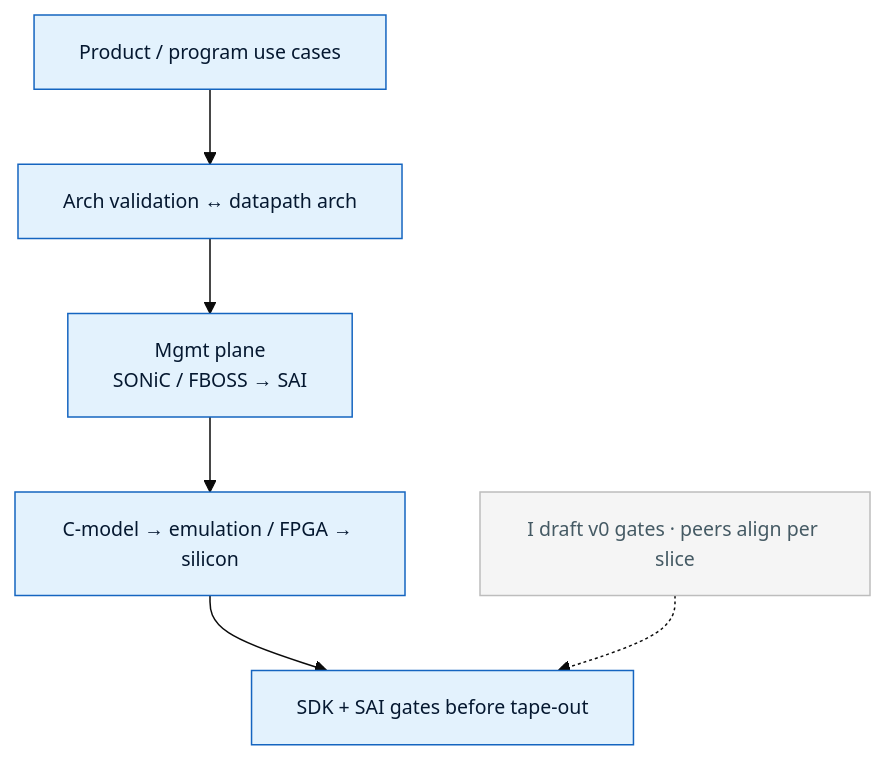
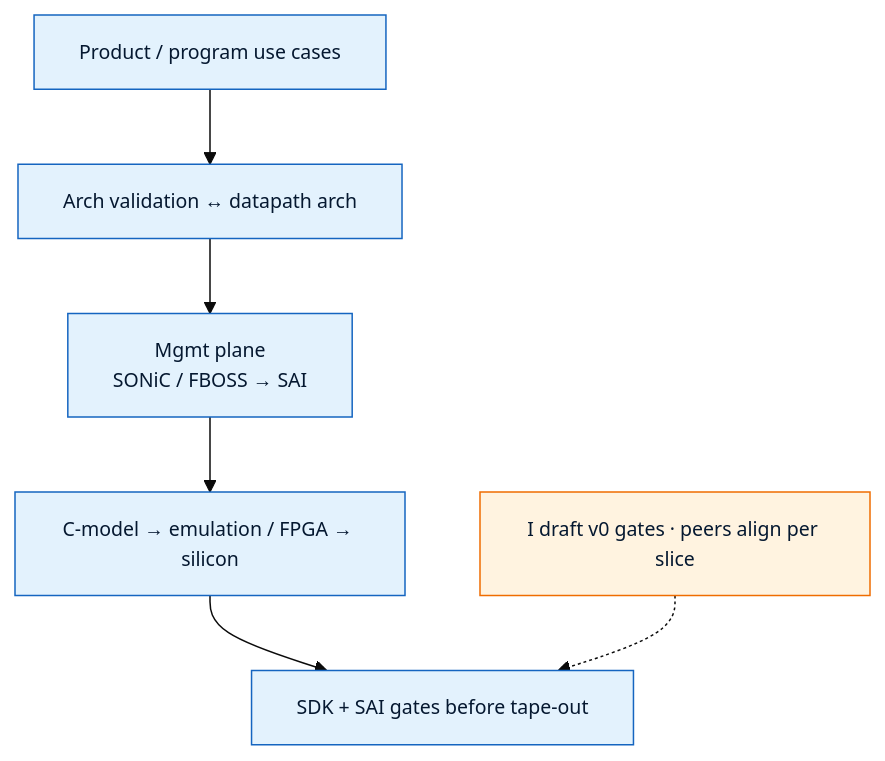
One commit to upscale-ai-network/agent-template changed the diagram in assets/diagrams/b6/b6-slide02-validation-stack.mmd. Above: the diagram before and after it, drawn with Mermaid. The commit also changed 7 other files, not shown here.

First line of the commit message:
P0 DT122: B6 pipeline — subtitle, lead, caption on diagram slides

```diff
--- a/assets/diagrams/b6/b6-slide02-validation-stack.mmd
+++ b/assets/diagrams/b6/b6-slide02-validation-stack.mmd
@@ -1,14 +1,14 @@
 %%{init: {'theme': 'base', 'themeVariables': { 'fontSize': '13px'}}}%%
 flowchart TB
   P["Product / program use cases"] --> AV["Arch validation ↔ datapath arch"]
   AV --> M["Mgmt plane<br/>SONiC / FBOSS → SAI"]
   M --> SW["C-model → emulation / FPGA → silicon"]
   SW --> G["SDK + SAI gates before tape-out"]
   N["I draft v0 gates · peers align per slice"] -.-> G
 
   classDef program fill:#E3F2FD,stroke:#1565C0,color:#051830
   classDef lane fill:#FFF3E0,stroke:#EF6C00,color:#051830
   classDef note fill:#F5F5F5,stroke:#BDBDBD,color:#455A64
 
   class P,AV,M,SW,G program
-  class N note
+  class N lane
```
